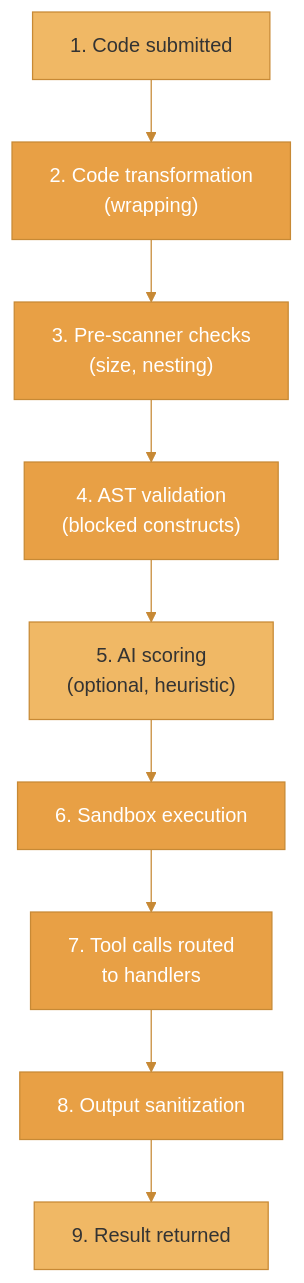
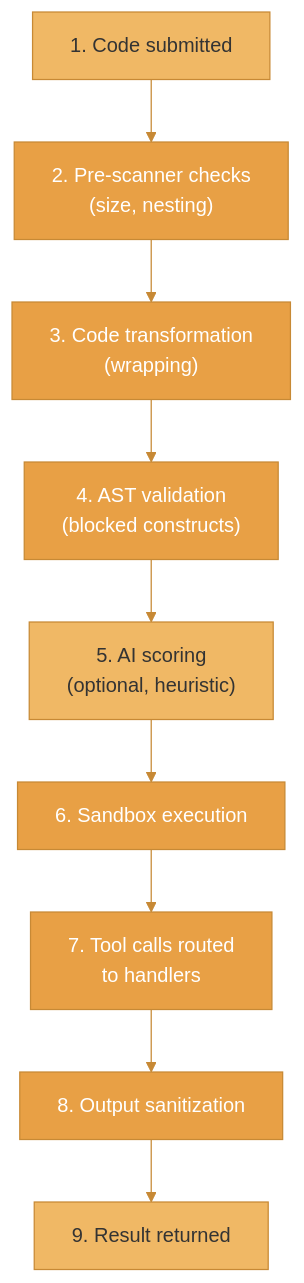
Before and after one commit to agentfront/enclave: the fifth of 6 diagrams in docs/enclave/concepts/architecture.mdx, drawn with Mermaid. The commit also changed 3 other files, not shown here.

First line of the commit message:
docs(core, ast): four statements about the enclave's pre-scanner follow the code

````diff
--- a/docs/enclave/concepts/architecture.mdx
+++ b/docs/enclave/concepts/architecture.mdx
@@ -201,21 +201,21 @@
 ```mermaid
 %%{init: {'theme': 'base', 'themeVariables': { 'primaryColor': '#e8a045', 'primaryTextColor': '#fff', 'primaryBorderColor': '#c78935', 'lineColor': '#c78935', 'secondaryColor': '#f0b865', 'tertiaryColor': '#fff5e6'}}}%%
 flowchart TD
-    S1["1. Code submitted"] --> S2["2. Code transformation<br/>(wrapping)"]
-    S2 --> S3["3. Pre-scanner checks<br/>(size, nesting)"]
+    S1["1. Code submitted"] --> S2["2. Pre-scanner checks<br/>(size, nesting)"]
+    S2 --> S3["3. Code transformation<br/>(wrapping)"]
     S3 --> S4["4. AST validation<br/>(blocked constructs)"]
     S4 --> S5["5. AI scoring<br/>(optional, heuristic)"]
     S5 --> S6["6. Sandbox execution"]
     S6 --> S7["7. Tool calls routed<br/>to handlers"]
     S7 --> S8["8. Output sanitization"]
     S8 --> S9["9. Result returned"]
     style S1 fill:#f0b865,stroke:#c78935,color:#333
     style S2 fill:#e8a045,stroke:#c78935,color:#fff
     style S3 fill:#e8a045,stroke:#c78935,color:#fff
     style S4 fill:#e8a045,stroke:#c78935,color:#fff
     style S5 fill:#f0b865,stroke:#c78935,color:#333
     style S6 fill:#e8a045,stroke:#c78935,color:#fff
     style S7 fill:#e8a045,stroke:#c78935,color:#fff
     style S8 fill:#e8a045,stroke:#c78935,color:#fff
     style S9 fill:#f0b865,stroke:#c78935,color:#333
 ```
````
